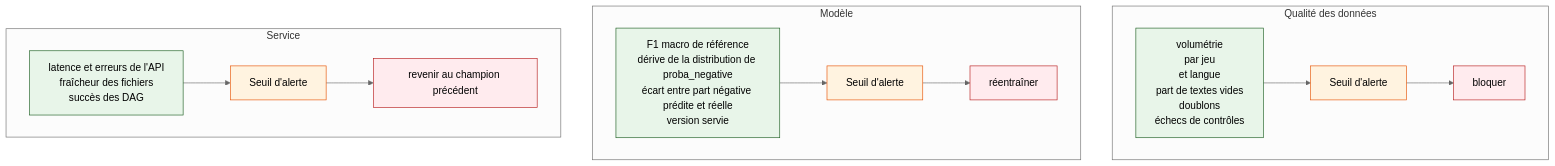
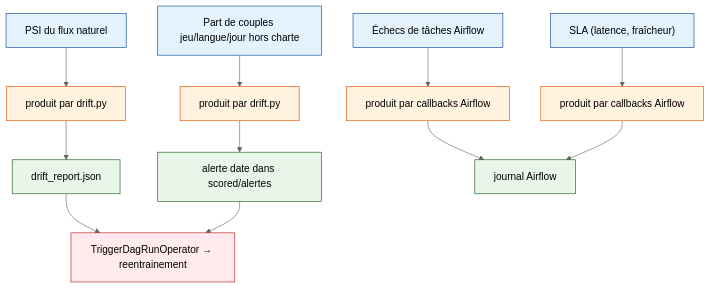
One commit to KinSushi/reviewpulse-pipeline changed the diagram in docs/diagrams/src/10_monitoring.mmd. Above: the diagram before and after it, drawn with Mermaid (neutral theme). The commit also changed 17 other files, not shown here.

First line of the commit message:
Schemas remis a niveau et rendu mecanise

```diff
--- a/docs/diagrams/src/10_monitoring.mmd
+++ b/docs/diagrams/src/10_monitoring.mmd
@@ -1,28 +1,37 @@
-%% Plan de monitoring ReviewPulse
+%% Diagramme de surveillance ReviewPulse
 flowchart TB
-    subgraph Qualité[Qualité des données]
-        Q["volumétrie<br/>par jeu<br/>et langue<br/>part de textes vides<br/>doublons<br/>échecs de contrôles"]
-        Q_seuil["Seuil d'alerte"]
-        Q_action["bloquer"]
-        Q --> Q_seuil --> Q_action
-    end
-    subgraph Modèle[Modèle]
-        M["F1 macro de référence<br/>dérive de la distribution de proba_negative<br/>écart entre part négative prédite et réelle<br/>version servie"]
-        M_seuil["Seuil d'alerte"]
-        M_action["réentraîner"]
-        M --> M_seuil --> M_action
-    end
-    subgraph Service[Service]
-        S["latence et erreurs de l'API<br/>fraîcheur des fichiers<br/>succès des DAG"]
-        S_seuil["Seuil d'alerte"]
-        S_action["revenir au champion précédent"]
-        S --> S_seuil --> S_action
-    end
-
-    class Q,M,S data;
-    class Q_seuil,M_seuil,S_seuil seuil;
-    class Q_action,M_action,S_action action;
-
-    classDef data fill:#e8f5e9,stroke:#1b5e20;
-    classDef seuil fill:#fff3e0,stroke:#e65100;
+    %% Signaux mesurés
+    PSI["PSI du flux naturel"]
+    PART["Part de couples jeu/langue/jour hors charte"]
+    FAIL["Échecs de tâches Airflow"]
+    SLA["SLA (latence, fraîcheur)"]
+    
+    %% Production des signaux
+    PSI_prod["produit par drift.py"]
+    PART_prod["produit par drift.py"]
+    FAIL_prod["produit par callbacks Airflow"]
+    SLA_prod["produit par callbacks Airflow"]
+    
+    %% Destinations des mesures
+    DRIFT_REPORT["drift_report.json"]
+    ALERT_FILE["alerte date dans scored/alertes"]
+    AIRFLOW_LOG["journal Airflow"]
+    
+    %% Action déclenchée
+    RETRAIN["TriggerDagRunOperator → reentrainement"]
+    
+    %% Flux
+    PSI --> PSI_prod --> DRIFT_REPORT --> RETRAIN
+    PART --> PART_prod --> ALERT_FILE --> RETRAIN
+    FAIL --> FAIL_prod --> AIRFLOW_LOG
+    SLA --> SLA_prod --> AIRFLOW_LOG
+    
+    classDef signal fill:#e3f2fd,stroke:#0d47a1;
+    classDef prod fill:#fff3e0,stroke:#e65100;
+    classDef output fill:#e8f5e9,stroke:#1b5e20;
     classDef action fill:#ffebee,stroke:#b71c1c;
+    
+    class PSI,PART,FAIL,SLA signal;
+    class PSI_prod,PART_prod,FAIL_prod,SLA_prod prod;
+    class DRIFT_REPORT,ALERT_FILE,AIRFLOW_LOG output;
+    class RETRAIN action;
```
